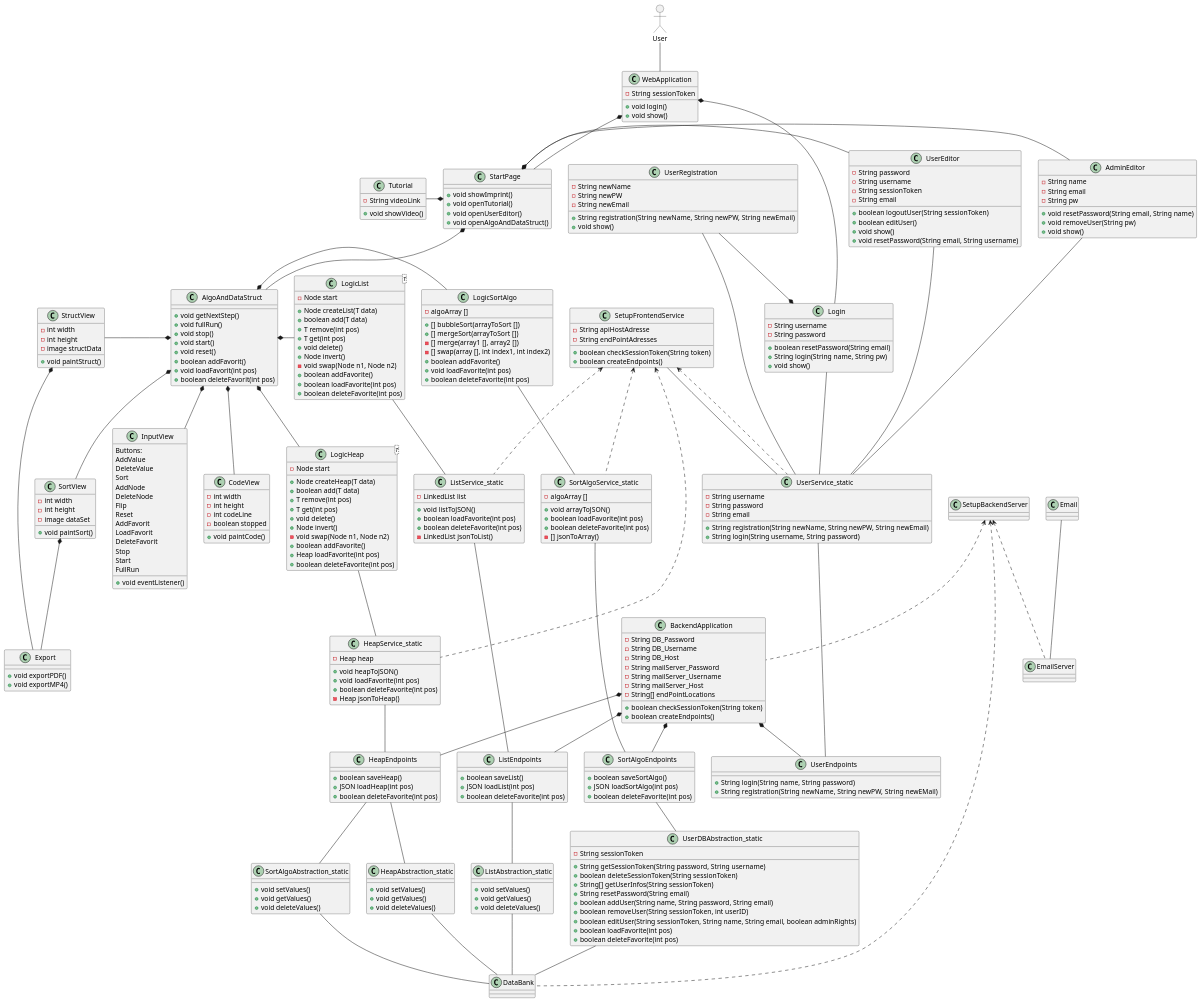
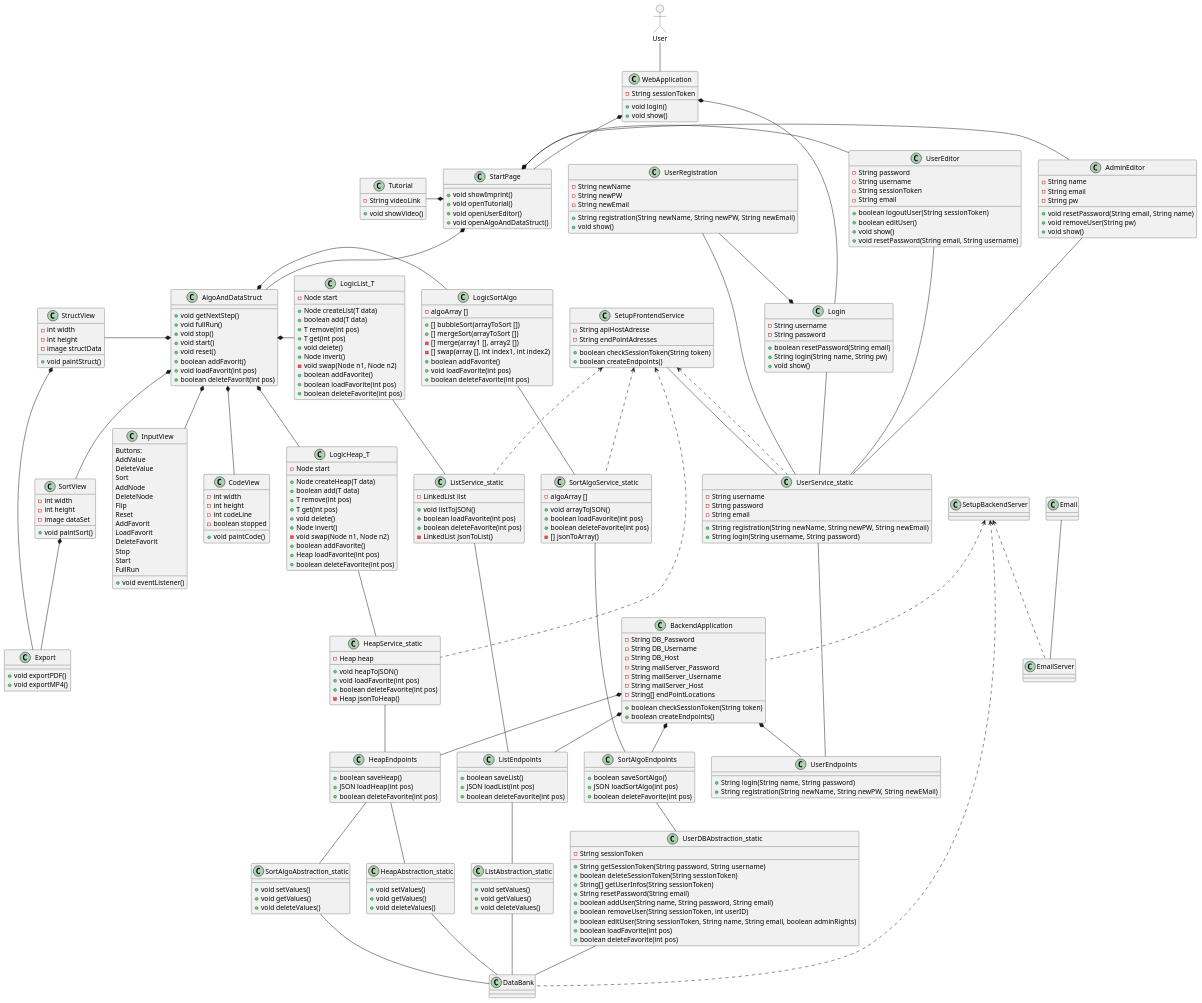
One commit to schmidti2002/Softwarepraktikum changed the diagram in Meilensteine/Meilenstein_03/Visual.puml. Above: the diagram before and after it, drawn with PlantUML.

```diff
--- a/Meilensteine/Meilenstein_03/Visual.puml
+++ b/Meilensteine/Meilenstein_03/Visual.puml
@@ -146,7 +146,7 @@
   +boolean deleteFavorite(int pos)
 }
 
-class LogicHeap <T> {
+class LogicHeap_T {
   -Node start
 
   +Node createHeap(T data)
@@ -161,7 +161,7 @@
   +boolean deleteFavorite(int pos)
 }
 
-class LogicList <T> {
+class LogicList_T {
   -Node start
 
   +Node createList(T data)
@@ -321,12 +321,12 @@
 
 
 AlgoAndDataStruct *-right- LogicSortAlgo
-AlgoAndDataStruct *-- LogicHeap
-AlgoAndDataStruct *-right- LogicList
+AlgoAndDataStruct *-- LogicHeap_T
+AlgoAndDataStruct *-right- LogicList_T
 
 LogicSortAlgo -- SortAlgoService_static
-LogicHeap -- HeapService_static
-LogicList -- ListService_static
+LogicHeap_T -- HeapService_static
+LogicList_T -- ListService_static
 
 SetupFrontendService <.. SortAlgoService_static
 SetupFrontendService <.. HeapService_static
```
